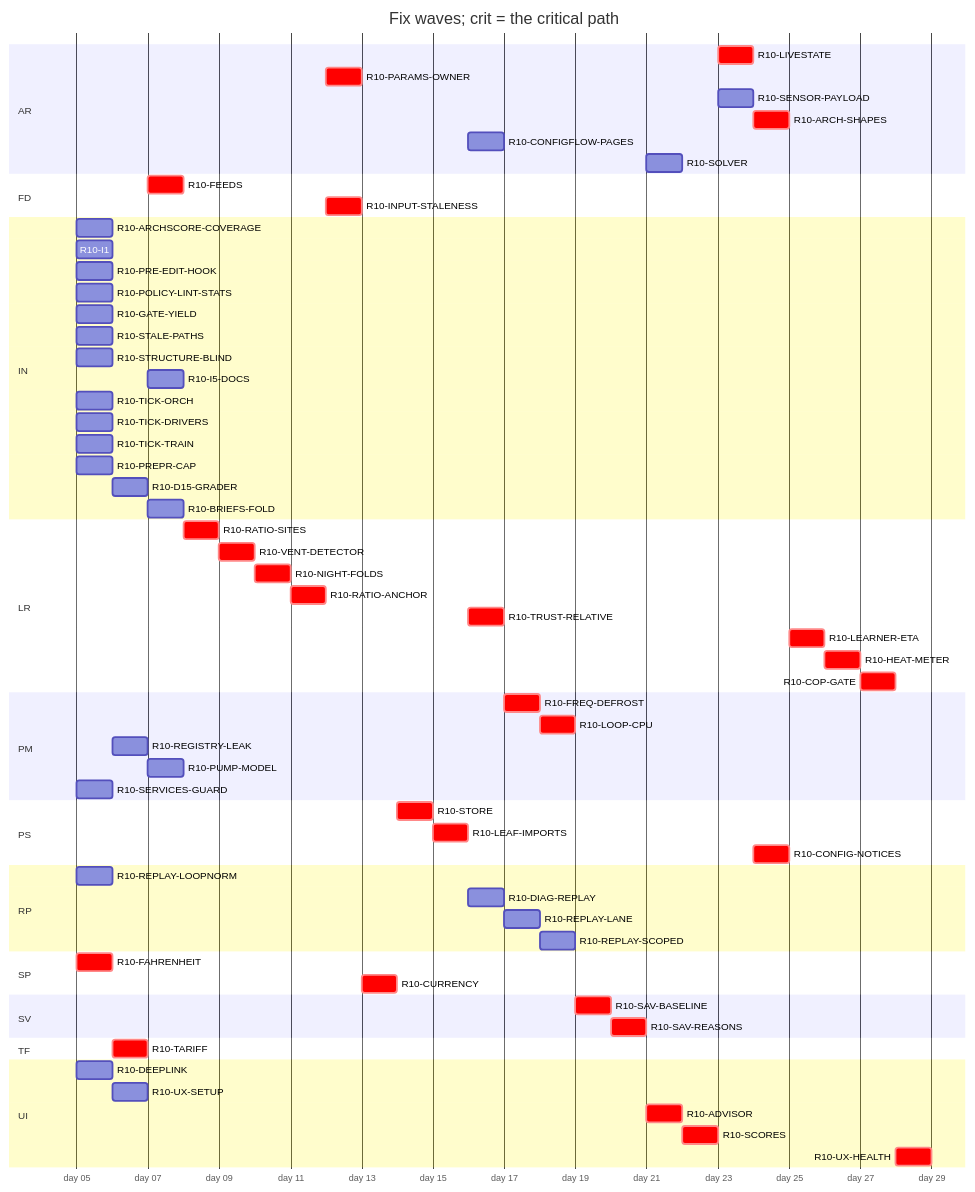
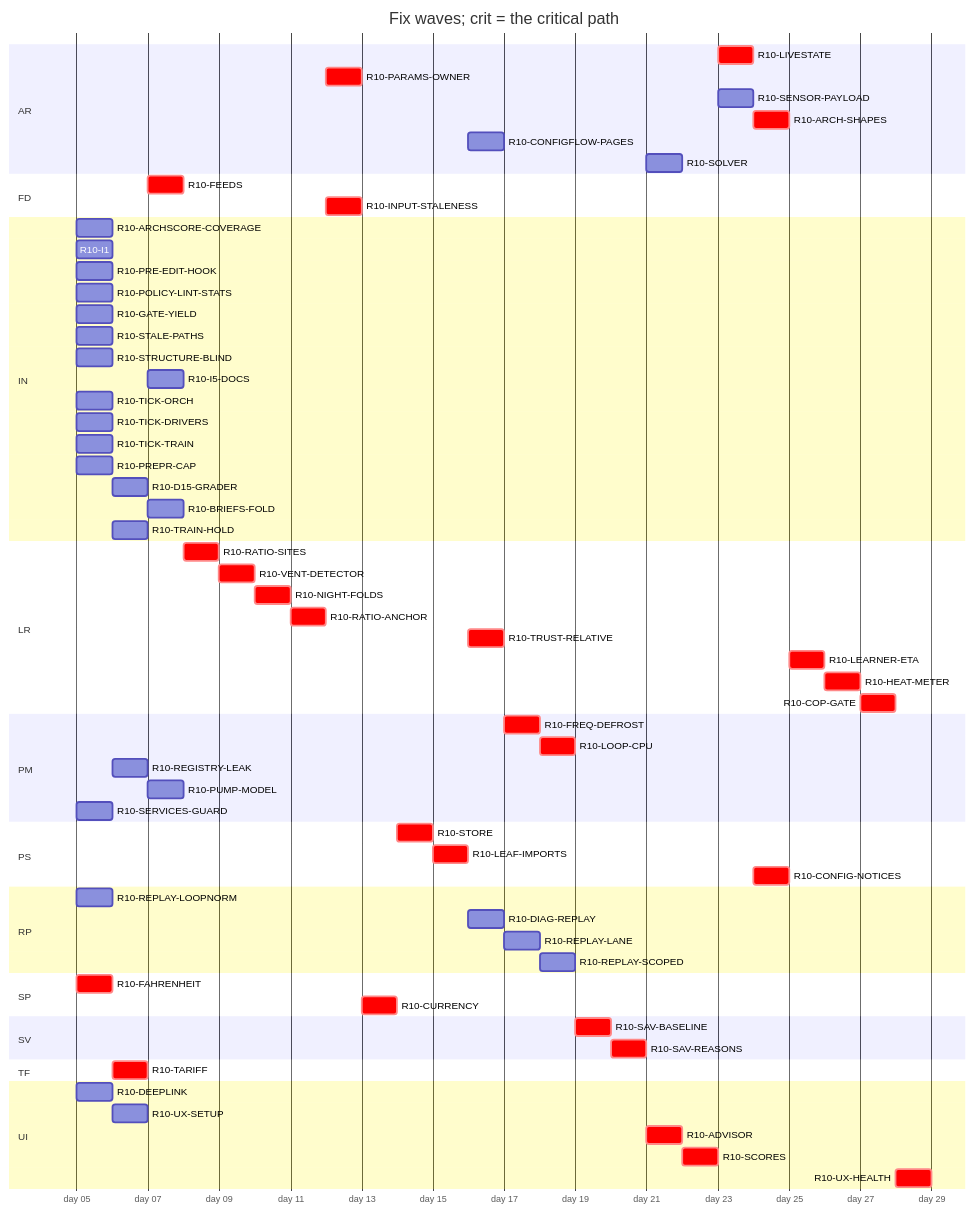
One commit to tvofi/heatpump_optimizer changed the diagram in handoff/round10/state/PLAN-TABLE.md. Above: the diagram before and after it, drawn with Mermaid. The commit also changed other lines of this file and 1 other file, not shown here.

````diff
--- a/handoff/round10/state/PLAN-TABLE.md
+++ b/handoff/round10/state/PLAN-TABLE.md
@@ -24,69 +24,70 @@
 ```mermaid
 gantt
   title Fix waves; crit = the critical path
   dateFormat YYYY-MM-DD
   axisFormat day %d
   section AR
     R10-LIVESTATE :crit, r10LIVESTATE, after r10SCORES r10PUMPMODEL, 1d
     R10-PARAMS-OWNER :crit, r10PARAMSOWNER, after r10CONFIGNOTICES r10ARCHSCORECOVERAGE r10SERVICESGUARD, 1d
     R10-SENSOR-PAYLOAD :r10SENSORPAYLOAD, after r10SCORES, 1d
     R10-ARCH-SHAPES :crit, r10ARCHSHAPES, after r10PARAMSOWNER r10SENSORPAYLOAD r10FREQDEFROST, 1d
     R10-CONFIGFLOW-PAGES :r10CONFIGFLOWPAGES, after r10HEATMETER, 1d
     R10-SOLVER :r10SOLVER, after r10SAVREASONS r10TARIFF, 1d
   section FD
     R10-FEEDS :crit, r10FEEDS, after r10TARIFF, 1d
     R10-INPUT-STALENESS :crit, r10INPUTSTALENESS, after r10RATIOANCHOR, 1d
   section IN
     R10-ARCHSCORE-COVERAGE :r10ARCHSCORECOVERAGE, 2026-01-05, 1d
     R10-I1 :r10I1, 2026-01-05, 1d
     R10-PRE-EDIT-HOOK :r10PREEDITHOOK, 2026-01-05, 1d
     R10-POLICY-LINT-STATS :r10POLICYLINTSTATS, 2026-01-05, 1d
     R10-GATE-YIELD :r10GATEYIELD, 2026-01-05, 1d
     R10-STALE-PATHS :r10STALEPATHS, 2026-01-05, 1d
     R10-STRUCTURE-BLIND :r10STRUCTUREBLIND, 2026-01-05, 1d
     R10-I5-DOCS :r10I5DOCS, after r10I1 r10STRUCTUREBLIND r10REGISTRYLEAK, 1d
     R10-TICK-ORCH :r10TICKORCH, 2026-01-05, 1d
     R10-TICK-DRIVERS :r10TICKDRIVERS, 2026-01-05, 1d
     R10-TICK-TRAIN :r10TICKTRAIN, 2026-01-05, 1d
     R10-PREPR-CAP :r10PREPRCAP, 2026-01-05, 1d
     R10-D15-GRADER :r10D15GRADER, after r10TICKDRIVERS, 1d
     R10-BRIEFS-FOLD :r10BRIEFSFOLD, after r10ARCHSCORECOVERAGE r10D15GRADER, 1d
+    R10-TRAIN-HOLD :r10TRAINHOLD, after r10TICKTRAIN r10TICKORCH, 1d
   section LR
     R10-RATIO-SITES :crit, r10RATIOSITES, after r10FEEDS, 1d
     R10-VENT-DETECTOR :crit, r10VENTDETECTOR, after r10RATIOSITES, 1d
     R10-NIGHT-FOLDS :crit, r10NIGHTFOLDS, after r10VENTDETECTOR, 1d
     R10-RATIO-ANCHOR :crit, r10RATIOANCHOR, after r10NIGHTFOLDS, 1d
     R10-TRUST-RELATIVE :crit, r10TRUSTRELATIVE, after r10LEAFIMPORTS, 1d
     R10-LEARNER-ETA :crit, r10LEARNERETA, after r10ARCHSHAPES, 1d
     R10-HEAT-METER :crit, r10HEATMETER, after r10LEARNERETA r10INPUTSTALENESS r10UXSETUP r10RATIOANCHOR, 1d
     R10-COP-GATE :crit, r10COPGATE, after r10HEATMETER r10SENSORPAYLOAD, 1d
   section PM
     R10-FREQ-DEFROST :crit, r10FREQDEFROST, after r10TRUSTRELATIVE, 1d
     R10-LOOP-CPU :crit, r10LOOPCPU, after r10FREQDEFROST, 1d
     R10-REGISTRY-LEAK :r10REGISTRYLEAK, after r10FAHRENHEIT, 1d
     R10-PUMP-MODEL :r10PUMPMODEL, after r10REGISTRYLEAK, 1d
     R10-SERVICES-GUARD :r10SERVICESGUARD, 2026-01-05, 1d
   section PS
     R10-STORE :crit, r10STORE, after r10CURRENCY, 1d
     R10-LEAF-IMPORTS :crit, r10LEAFIMPORTS, after r10STORE r10NIGHTFOLDS r10TARIFF, 1d
     R10-CONFIG-NOTICES :crit, r10CONFIGNOTICES, after r10LIVESTATE, 1d
   section RP
     R10-REPLAY-LOOPNORM :r10REPLAYLOOPNORM, 2026-01-05, 1d
     R10-DIAG-REPLAY :r10DIAGREPLAY, after r10REPLAYLOOPNORM r10LEAFIMPORTS, 1d
     R10-REPLAY-LANE :r10REPLAYLANE, after r10DIAGREPLAY, 1d
-    R10-REPLAY-SCOPED :r10REPLAYSCOPED, after r10REPLAYLANE r10TICKORCH, 1d
+    R10-REPLAY-SCOPED :r10REPLAYSCOPED, after r10REPLAYLANE r10TICKORCH r10TRAINHOLD, 1d
   section SP
     R10-FAHRENHEIT :crit, r10FAHRENHEIT, 2026-01-05, 1d
     R10-CURRENCY :crit, r10CURRENCY, after r10INPUTSTALENESS, 1d
   section SV
     R10-SAV-BASELINE :crit, r10SAVBASELINE, after r10LOOPCPU, 1d
     R10-SAV-REASONS :crit, r10SAVREASONS, after r10SAVBASELINE r10LEAFIMPORTS, 1d
   section TF
     R10-TARIFF :crit, r10TARIFF, after r10FAHRENHEIT, 1d
   section UI
     R10-DEEPLINK :r10DEEPLINK, 2026-01-05, 1d
     R10-UX-SETUP :r10UXSETUP, after r10DEEPLINK, 1d
     R10-ADVISOR :crit, r10ADVISOR, after r10UXSETUP r10SAVREASONS, 1d
     R10-SCORES :crit, r10SCORES, after r10ADVISOR r10RATIOSITES, 1d
     R10-UX-HEALTH :crit, r10UXHEALTH, after r10SCORES r10COPGATE r10HEATMETER, 1d
 ```
````
